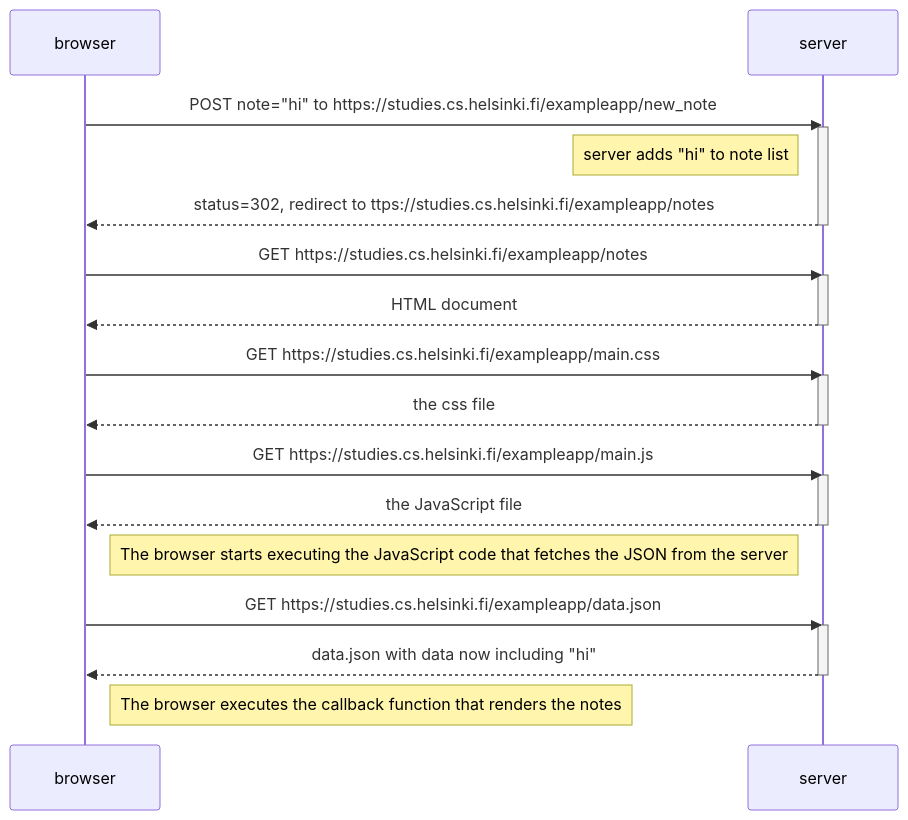
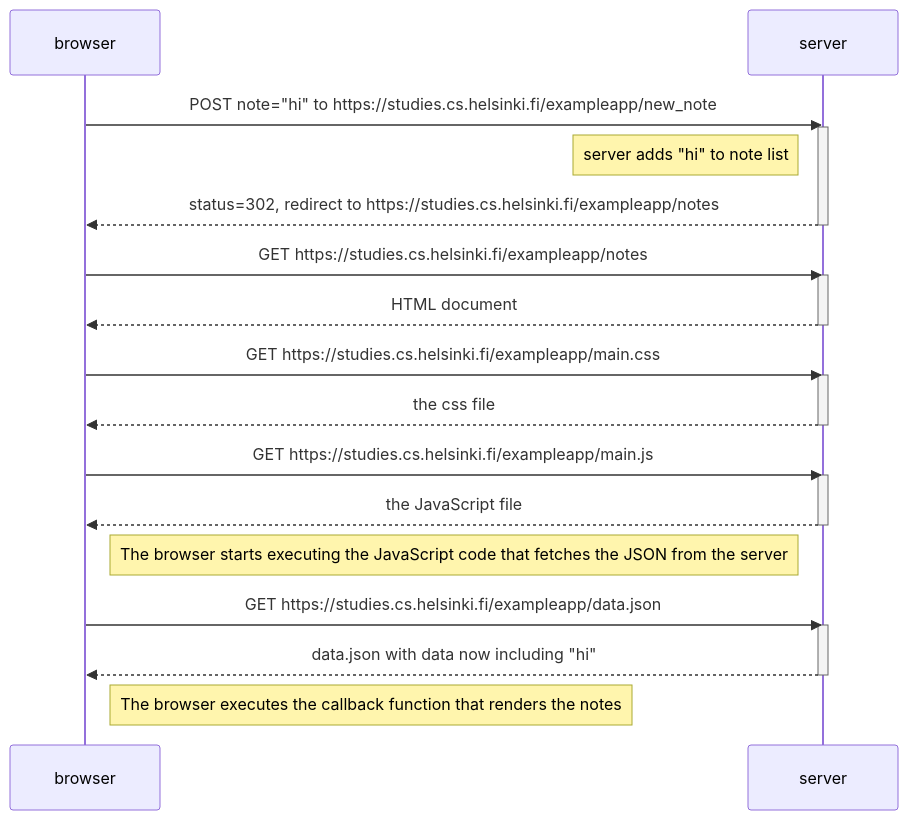
One commit to gurramnikhil4/FullStackOpen changed the diagram in part0/New_note_diagram.md. Above: the diagram before and after it, drawn with Mermaid.

Commit message:
Typo ttps in New_note_diagram

````diff
--- a/part0/New_note_diagram.md
+++ b/part0/New_note_diagram.md
@@ -1,35 +1,35 @@
 ```mermaid
 sequenceDiagram
     participant browser
     participant server
 
     browser->>server: POST note="hi" to https://studies.cs.helsinki.fi/exampleapp/new_note
     activate server
     Note left of server: server adds "hi" to note list
-    server-->>browser: status=302, redirect to ttps://studies.cs.helsinki.fi/exampleapp/notes
+    server-->>browser: status=302, redirect to https://studies.cs.helsinki.fi/exampleapp/notes
     deactivate server
 
     browser->>server: GET https://studies.cs.helsinki.fi/exampleapp/notes
     activate server
     server-->>browser: HTML document
     deactivate server
 
     browser->>server: GET https://studies.cs.helsinki.fi/exampleapp/main.css
     activate server
     server-->>browser: the css file
     deactivate server
 
     browser->>server: GET https://studies.cs.helsinki.fi/exampleapp/main.js
     activate server
     server-->>browser: the JavaScript file
     deactivate server
 
     Note right of browser: The browser starts executing the JavaScript code that fetches the JSON from the server
 
     browser->>server: GET https://studies.cs.helsinki.fi/exampleapp/data.json
     activate server
     server-->>browser: data.json with data now including "hi"
     deactivate server
 
     Note right of browser: The browser executes the callback function that renders the notes
 ```
````
